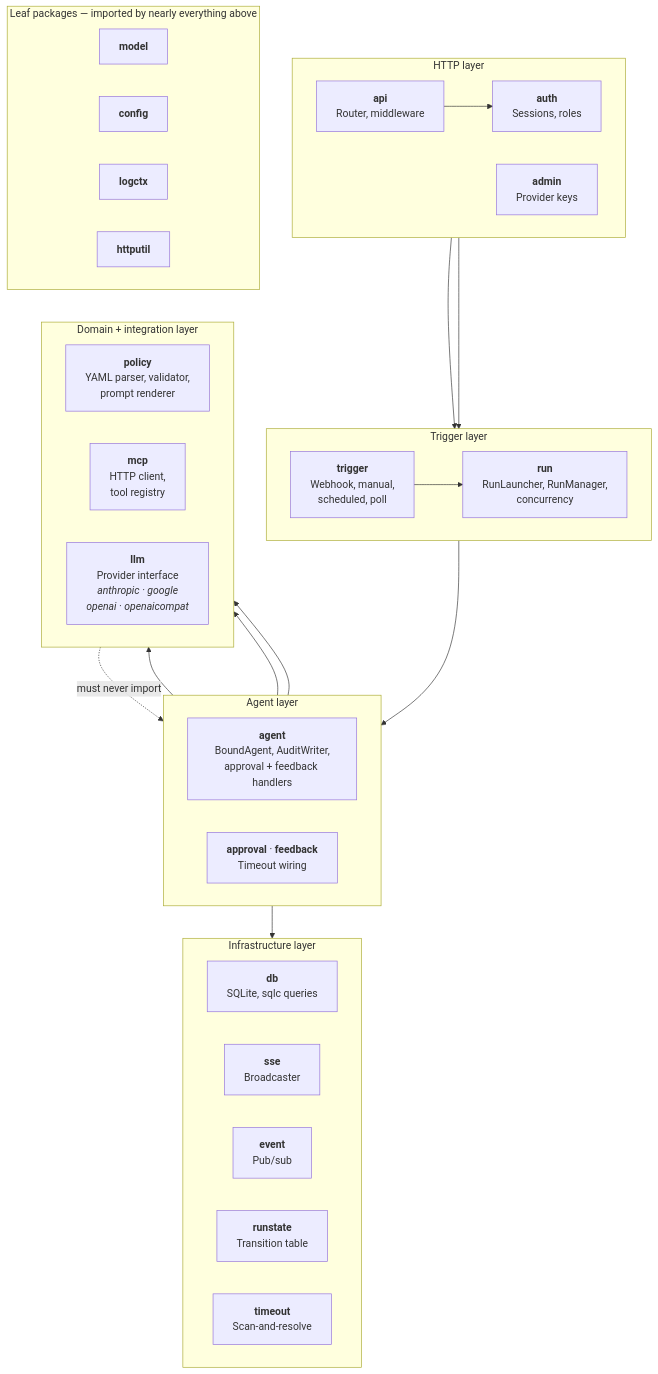
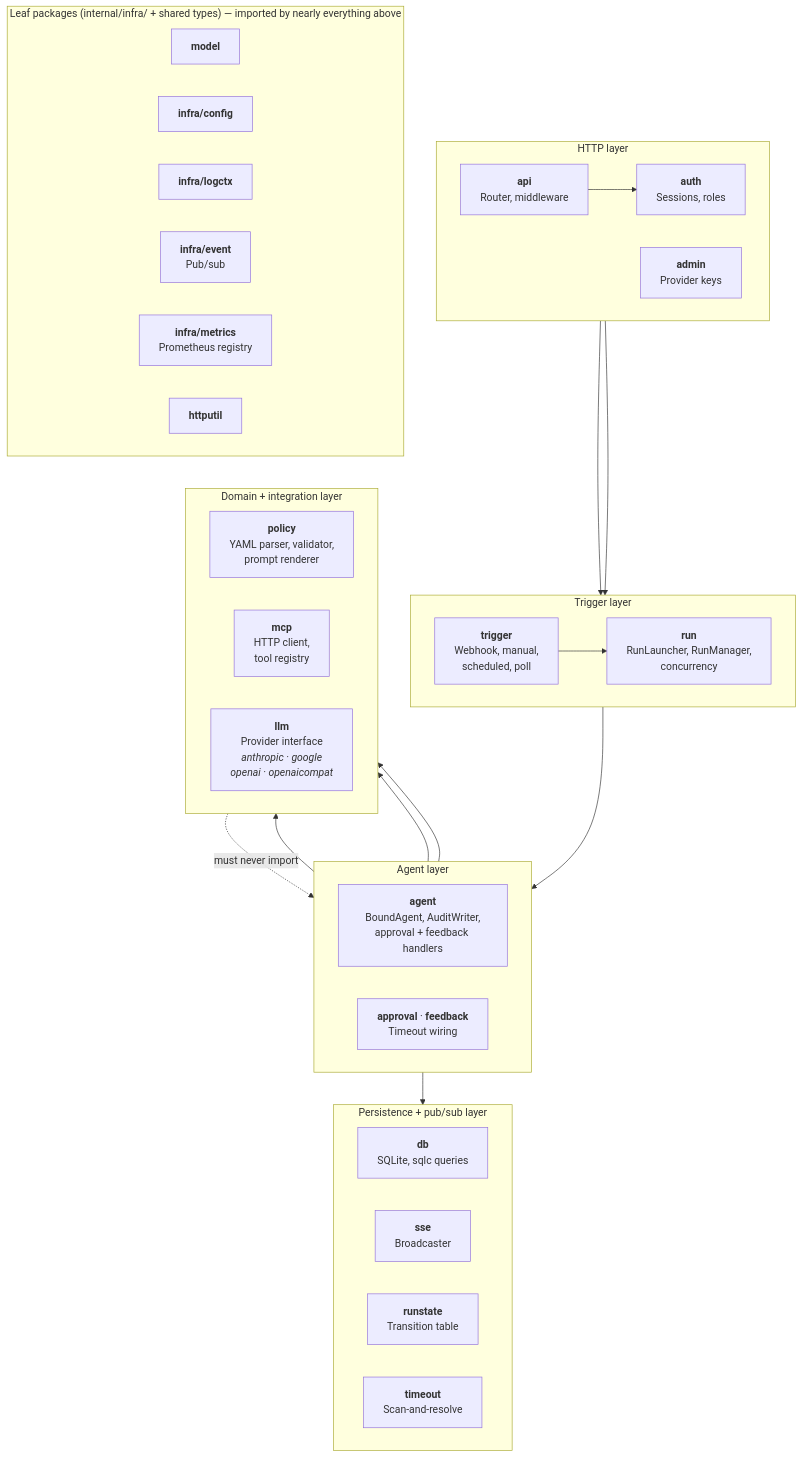
The diagram in docs/developer/diagrams/package-dependencies.md (Felag-Engineering/gleipnir), drawn with Mermaid before and after one commit. The commit also changed other lines of this file and 43 other files, not shown here.

First line of the commit message:
refactor: group infrastructure/cross-cutting packages under internal/infra/ (#65) (#83)

````diff
--- a/docs/developer/diagrams/package-dependencies.md
+++ b/docs/developer/diagrams/package-dependencies.md
@@ -5,60 +5,61 @@
 ```mermaid
 graph TD
     subgraph entrypoints["HTTP layer"]
         direction LR
         API["<b>api</b><br/>Router, middleware"]
         AUTH["<b>auth</b><br/>Sessions, roles"]
         ADMIN["<b>admin</b><br/>Provider keys"]
     end
 
     subgraph triggers["Trigger layer"]
         direction LR
         TRIGGER["<b>trigger</b><br/>Webhook, manual,<br/>scheduled, poll"]
         RUN["<b>run</b><br/>RunLauncher, RunManager,<br/>concurrency"]
     end
 
     subgraph orchestration["Agent layer"]
         direction LR
         AGENT["<b>agent</b><br/>BoundAgent, AuditWriter,<br/>approval + feedback handlers"]
         APPROVAL["<b>approval</b> · <b>feedback</b><br/>Timeout wiring"]
     end
 
     subgraph domain["Domain + integration layer"]
         direction LR
         POLICY["<b>policy</b><br/>YAML parser, validator,<br/>prompt renderer"]
         MCP["<b>mcp</b><br/>HTTP client,<br/>tool registry"]
         LLM["<b>llm</b><br/>Provider interface<br/><i>anthropic · google<br/>openai · openaicompat</i>"]
     end
 
-    subgraph infra["Infrastructure layer"]
+    subgraph infra["Persistence + pub/sub layer"]
         direction LR
         DB["<b>db</b><br/>SQLite, sqlc queries"]
         SSE["<b>sse</b><br/>Broadcaster"]
-        EVENT["<b>event</b><br/>Pub/sub"]
         RUNSTATE["<b>runstate</b><br/>Transition table"]
         TIMEOUT["<b>timeout</b><br/>Scan-and-resolve"]
     end
 
-    subgraph leaf["Leaf packages — imported by nearly everything above"]
+    subgraph leaf["Leaf packages (internal/infra/ + shared types) — imported by nearly everything above"]
         direction LR
         MODEL["<b>model</b>"]
-        CONFIG["<b>config</b>"]
-        LOGCTX["<b>logctx</b>"]
+        CONFIG["<b>infra/config</b>"]
+        LOGCTX["<b>infra/logctx</b>"]
+        EVENT["<b>infra/event</b><br/>Pub/sub"]
+        METRICS["<b>infra/metrics</b><br/>Prometheus registry"]
         HTTPUTIL["<b>httputil</b>"]
     end
 
     %% Primary relationships (top to bottom)
     API --> AUTH
     API --> TRIGGER
     API --> RUN
 
     TRIGGER --> RUN
     RUN --> AGENT
 
     AGENT --> LLM
     AGENT --> MCP
     AGENT --> POLICY
     APPROVAL --> TIMEOUT
 
     MCP -.->|"must never import"| AGENT
 ```
````
